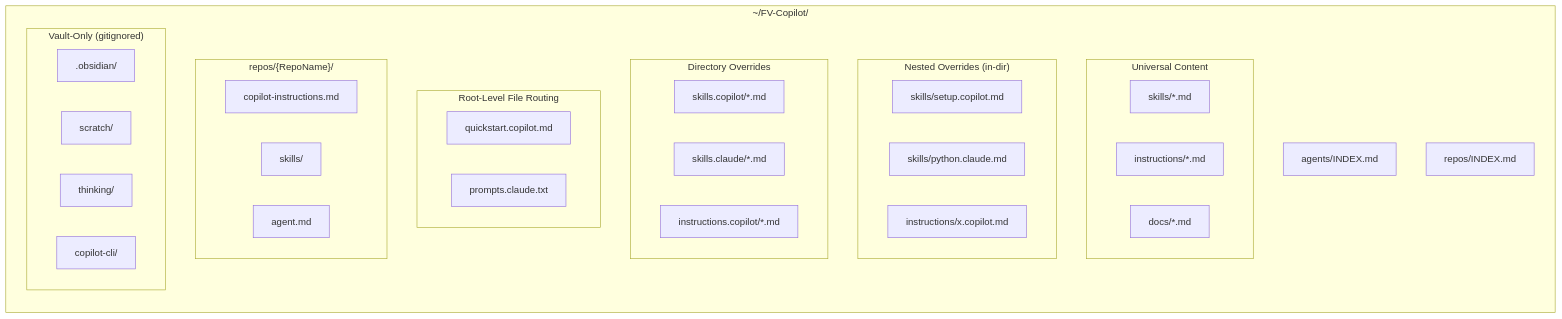
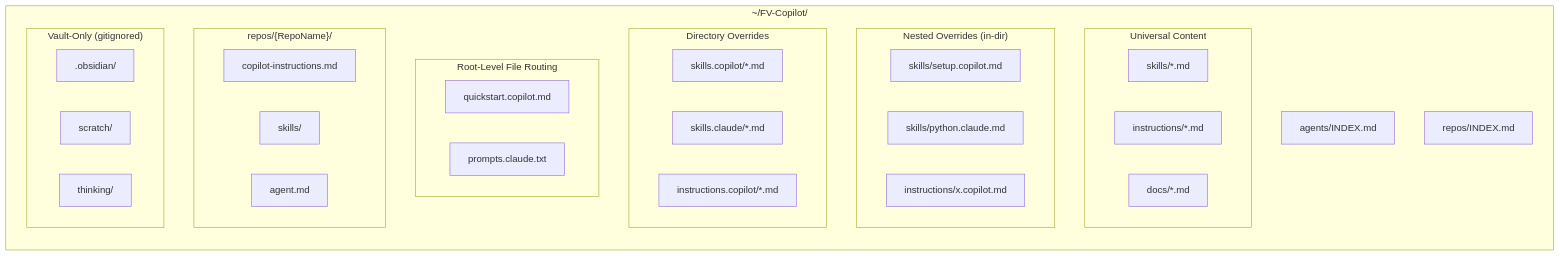
Before and after one commit to ElliottBregni/obscura: the second of 16 diagrams in docs/DESIGN-DIAGRAMS.md, drawn with Mermaid. The commit also changed other lines of this file and 35 other files, not shown here.

````diff
--- a/docs/DESIGN-DIAGRAMS.md
+++ b/docs/DESIGN-DIAGRAMS.md
@@ -107,44 +101,43 @@
 ```mermaid
 graph LR
     subgraph Root["~/FV-Copilot/"]
         direction TB
         A1["agents/INDEX.md"]
         A2["repos/INDEX.md"]
 
         subgraph Universal["Universal Content"]
             B1["skills/*.md"]
             B2["instructions/*.md"]
             B3["docs/*.md"]
         end
 
         subgraph NestedOverrides["Nested Overrides (in-dir)"]
             C1["skills/setup.copilot.md"]
             C2["skills/python.claude.md"]
             C3["instructions/x.copilot.md"]
         end
 
         subgraph DirOverrides["Directory Overrides"]
             D1["skills.copilot/*.md"]
             D2["skills.claude/*.md"]
             D3["instructions.copilot/*.md"]
         end
 
         subgraph RootRouting["Root-Level File Routing"]
             E1["quickstart.copilot.md"]
             E2["prompts.claude.txt"]
         end
 
         subgraph RepoMirror["repos/{RepoName}/"]
             F1["copilot-instructions.md"]
             F2["skills/"]
             F3["agent.md"]
         end
 
         subgraph Excluded["Vault-Only (gitignored)"]
             G1[".obsidian/"]
             G2["scratch/"]
             G3["thinking/"]
-            G4["copilot-cli/"]
         end
     end
 ```
````
